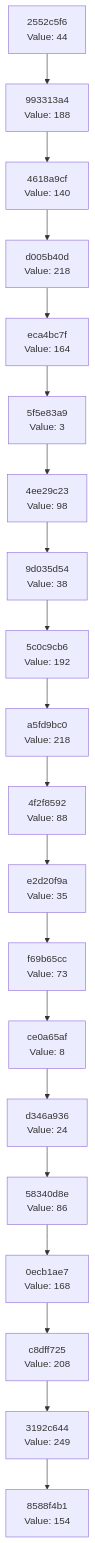
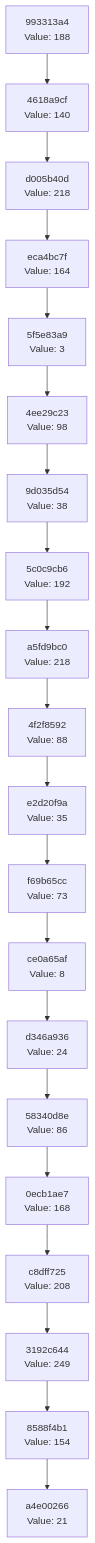
The diagram in docs/CHAIN_VISUALIZATION.md (Abhisheksinha1506/hash-chain-evolver), drawn with Mermaid before and after one commit. The commit also changed 3 other files, not shown here.

````diff
--- a/docs/CHAIN_VISUALIZATION.md
+++ b/docs/CHAIN_VISUALIZATION.md
@@ -3,42 +3,42 @@
 ```mermaid
 graph TD
-    C0["8588f4b1<br/>Value: 154"]
-    C1["3192c644<br/>Value: 249"]
+    C0["a4e00266<br/>Value: 21"]
+    C1["8588f4b1<br/>Value: 154"]
     C1 --> C0
-    C2["c8dff725<br/>Value: 208"]
+    C2["3192c644<br/>Value: 249"]
     C2 --> C1
-    C3["0ecb1ae7<br/>Value: 168"]
+    C3["c8dff725<br/>Value: 208"]
     C3 --> C2
-    C4["58340d8e<br/>Value: 86"]
+    C4["0ecb1ae7<br/>Value: 168"]
     C4 --> C3
-    C5["d346a936<br/>Value: 24"]
+    C5["58340d8e<br/>Value: 86"]
     C5 --> C4
-    C6["ce0a65af<br/>Value: 8"]
+    C6["d346a936<br/>Value: 24"]
     C6 --> C5
-    C7["f69b65cc<br/>Value: 73"]
+    C7["ce0a65af<br/>Value: 8"]
     C7 --> C6
-    C8["e2d20f9a<br/>Value: 35"]
+    C8["f69b65cc<br/>Value: 73"]
     C8 --> C7
-    C9["4f2f8592<br/>Value: 88"]
+    C9["e2d20f9a<br/>Value: 35"]
     C9 --> C8
-    C10["a5fd9bc0<br/>Value: 218"]
+    C10["4f2f8592<br/>Value: 88"]
     C10 --> C9
-    C11["5c0c9cb6<br/>Value: 192"]
+    C11["a5fd9bc0<br/>Value: 218"]
     C11 --> C10
-    C12["9d035d54<br/>Value: 38"]
+    C12["5c0c9cb6<br/>Value: 192"]
     C12 --> C11
-    C13["4ee29c23<br/>Value: 98"]
+    C13["9d035d54<br/>Value: 38"]
     C13 --> C12
-    C14["5f5e83a9<br/>Value: 3"]
+    C14["4ee29c23<br/>Value: 98"]
     C14 --> C13
-    C15["eca4bc7f<br/>Value: 164"]
+    C15["5f5e83a9<br/>Value: 3"]
     C15 --> C14
-    C16["d005b40d<br/>Value: 218"]
+    C16["eca4bc7f<br/>Value: 164"]
     C16 --> C15
-    C17["4618a9cf<br/>Value: 140"]
+    C17["d005b40d<br/>Value: 218"]
     C17 --> C16
-    C18["993313a4<br/>Value: 188"]
+    C18["4618a9cf<br/>Value: 140"]
     C18 --> C17
-    C19["2552c5f6<br/>Value: 44"]
+    C19["993313a4<br/>Value: 188"]
     C19 --> C18
 ```
````
